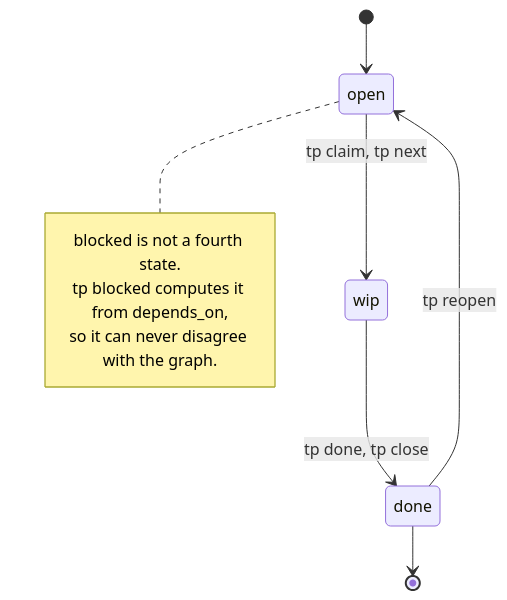
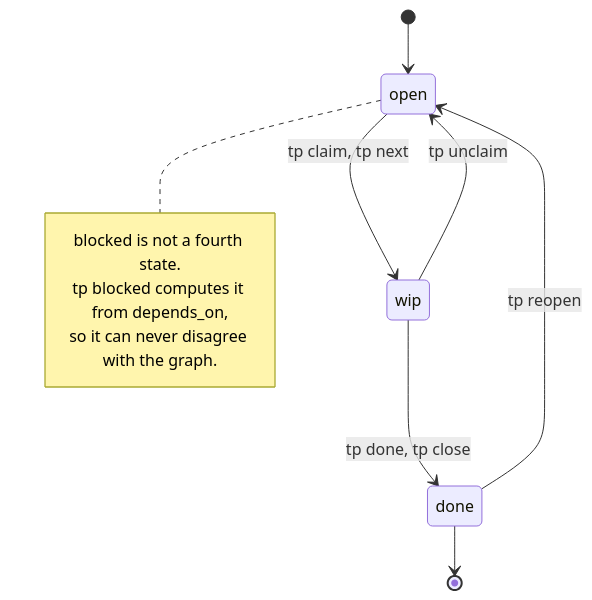
The third of 3 diagrams in README.md (deligoez/tp), drawn with Mermaid before and after one commit. The commit also changed other lines of this file, not shown here.

````diff
--- a/README.md
+++ b/README.md
@@ -270,14 +273,15 @@
 ```mermaid
 stateDiagram-v2
     [*] --> open
     open --> wip: tp claim, tp next
+    wip --> open: tp unclaim
     wip --> done: tp done, tp close
     done --> open: tp reopen
     done --> [*]
 
     note right of open
         blocked is not a fourth state.
         tp blocked computes it from depends_on,
         so it can never disagree with the graph.
     end note
 ```
````
